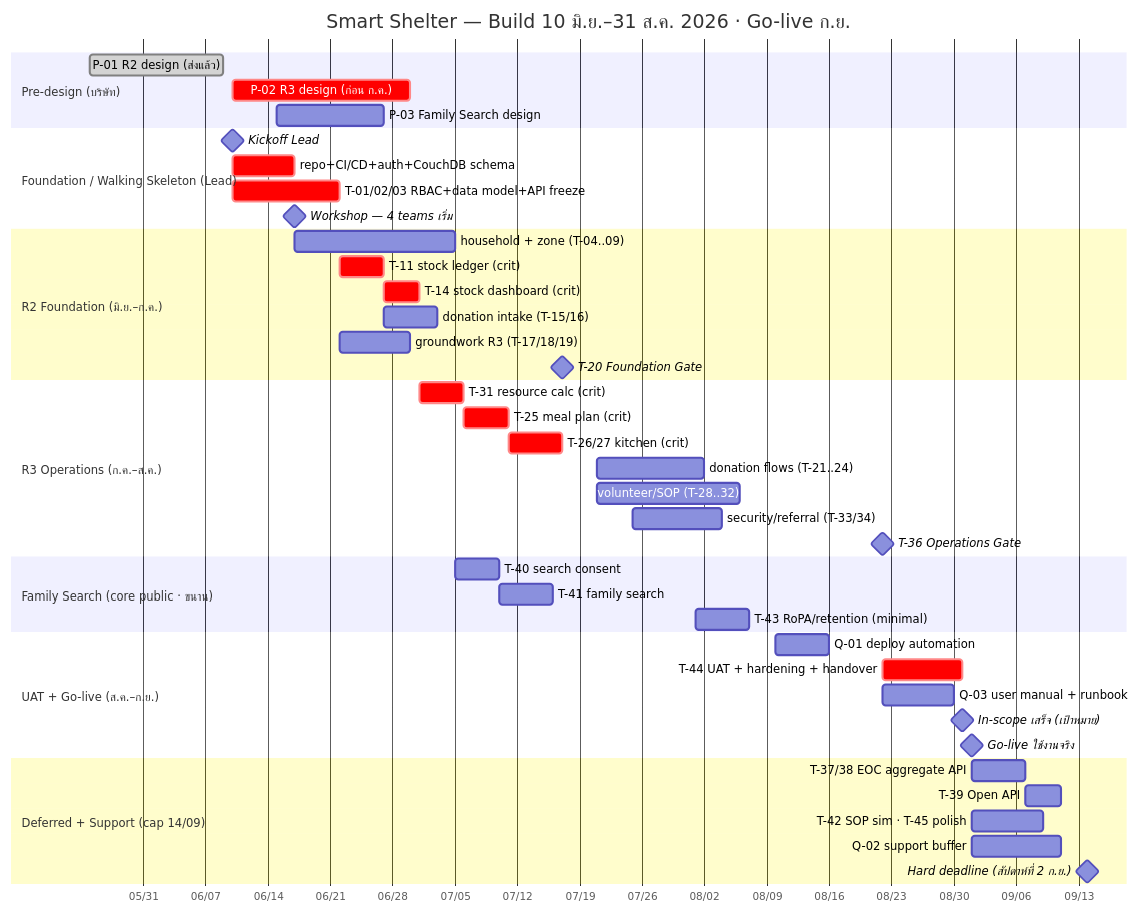
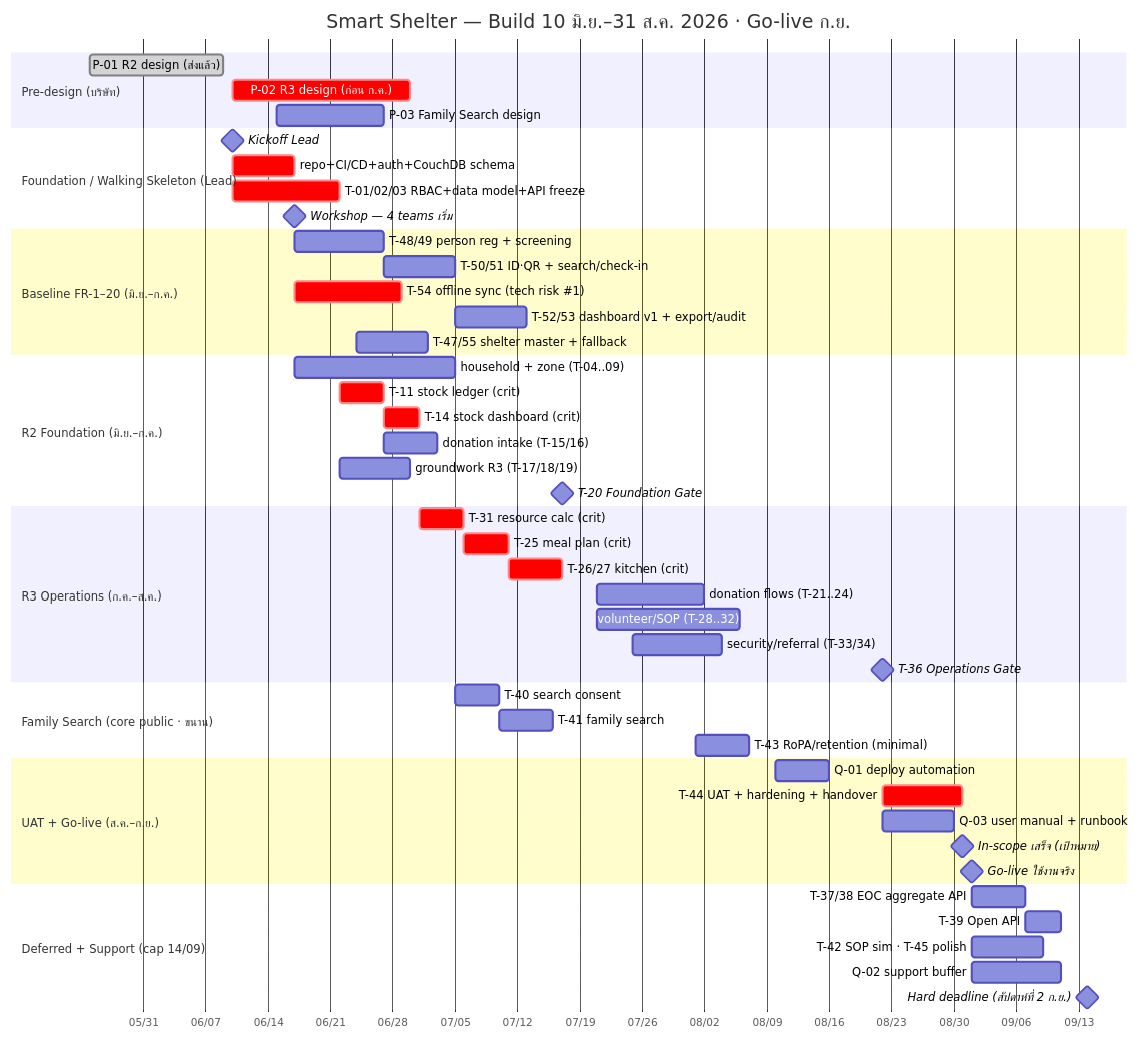
Before and after one commit to r202-coe-psu/tent: the second of 2 diagrams in docs/task-breakdown/_timeline.md, drawn with Mermaid. The commit also changed other lines of this file and 22 other files, not shown here.

````diff
--- a/docs/task-breakdown/_timeline.md
+++ b/docs/task-breakdown/_timeline.md
@@ -159,53 +179,60 @@
 ```mermaid
 gantt
   title Smart Shelter — Build 10 มิ.ย.–31 ส.ค. 2026 · Go-live ก.ย.
   dateFormat YYYY-MM-DD
   axisFormat %m/%d
 
   section Pre-design (บริษัท)
   P-01 R2 design (ส่งแล้ว)          :done, p1, 2026-05-25, 2026-06-09
   P-02 R3 design (ก่อน ก.ค.)         :crit, p2, 2026-06-10, 2026-06-30
   P-03 Family Search design          :p3, 2026-06-15, 12d
 
   section Foundation / Walking Skeleton (Lead)
   Kickoff Lead                       :milestone, k0, 2026-06-10, 0d
   repo+CI/CD+auth+CouchDB schema      :crit, sk, 2026-06-10, 7d
   T-01/02/03 RBAC+data model+API freeze :crit, t013, 2026-06-10, 12d
   Workshop — 4 teams เริ่ม            :milestone, w1, 2026-06-17, 0d
+
+  section Baseline FR-1–20 (มิ.ย.–ก.ค.)
+  T-48/49 person reg + screening      :bl1, 2026-06-17, 10d
+  T-50/51 ID·QR + search/check-in     :bl2, after bl1, 8d
+  T-54 offline sync (tech risk #1)    :crit, bl3, 2026-06-17, 12d
+  T-52/53 dashboard v1 + export/audit :bl4, after bl2, 8d
+  T-47/55 shelter master + fallback   :bl5, 2026-06-24, 8d
 
   section R2 Foundation (มิ.ย.–ก.ค.)
   household + zone (T-04..09)         :t0409, 2026-06-17, 18d
   T-11 stock ledger (crit)           :crit, t11, after t013, 5d
   T-14 stock dashboard (crit)        :crit, t14, after t11, 4d
   donation intake (T-15/16)          :t1516, after t11, 6d
   groundwork R3 (T-17/18/19)         :gw, after t013, 8d
   T-20 Foundation Gate               :milestone, g2, 2026-07-17, 0d
 
   section R3 Operations (ก.ค.–ส.ค.)
   T-31 resource calc (crit)          :crit, t31, after t14, 5d
   T-25 meal plan (crit)              :crit, t25, after t31, 5d
   T-26/27 kitchen (crit)             :crit, t2627, after t25, 6d
   donation flows (T-21..24)          :t2124, 2026-07-21, 12d
   volunteer/SOP (T-28..32)           :t2832, 2026-07-21, 16d
   security/referral (T-33/34)        :t3334, 2026-07-25, 10d
   T-36 Operations Gate               :milestone, g3, 2026-08-22, 0d
 
   section Family Search (core public · ขนาน)
   T-40 search consent                :fs1, after t0409, 5d
   T-41 family search                 :fs2, after fs1, 6d
   T-43 RoPA/retention (minimal)      :t43, 2026-08-01, 6d
 
   section UAT + Go-live (ส.ค.–ก.ย.)
   Q-01 deploy automation             :q1, 2026-08-10, 6d
   T-44 UAT + hardening + handover    :crit, t44, 2026-08-22, 9d
   Q-03 user manual + runbook         :q3, 2026-08-22, 8d
   In-scope เสร็จ (เป้าหมาย)           :milestone, dl, 2026-08-31, 0d
   Go-live ใช้งานจริง                  :milestone, gl, 2026-09-01, 0d
 
   section Deferred + Support (cap 14/09)
   T-37/38 EOC aggregate API          :def1, 2026-09-01, 6d
   T-39 Open API                      :def2, after def1, 4d
   T-42 SOP sim · T-45 polish         :def3, 2026-09-01, 8d
   Q-02 support buffer                :q2, 2026-09-01, 10d
   Hard deadline (สัปดาห์ที่ 2 ก.ย.)    :milestone, hd, 2026-09-14, 0d
 ```
````
